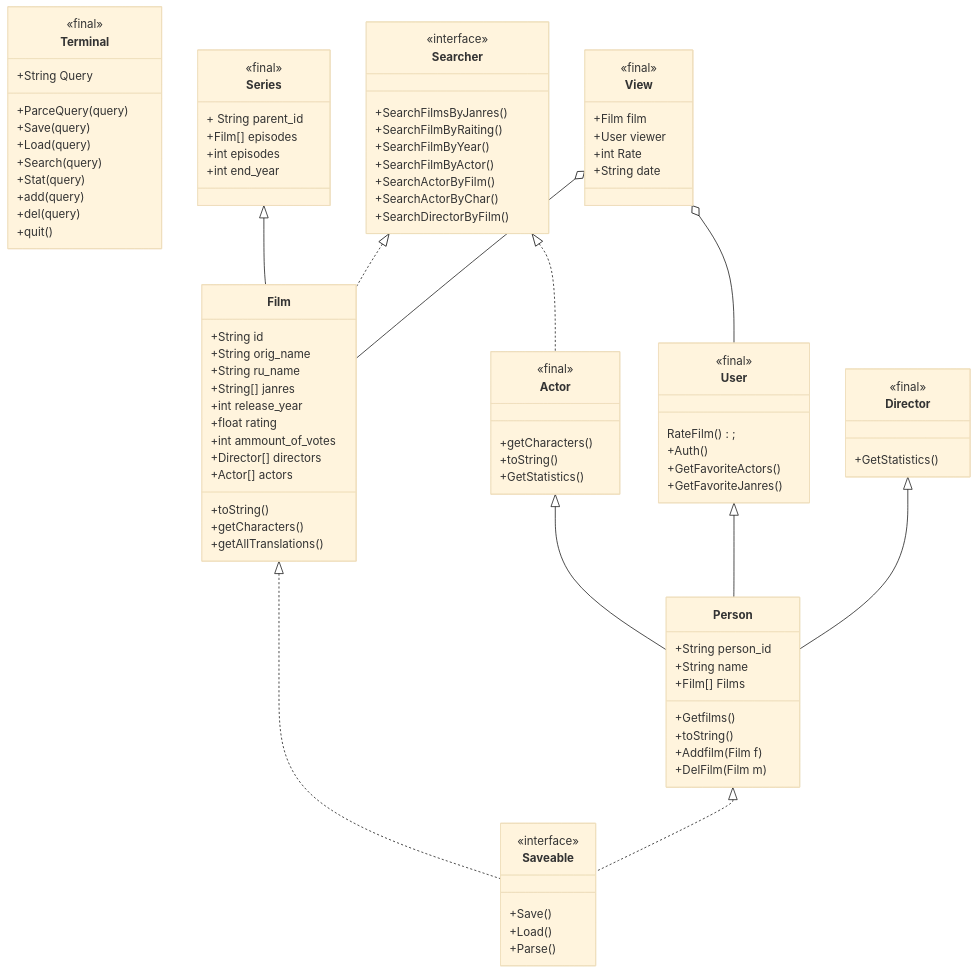
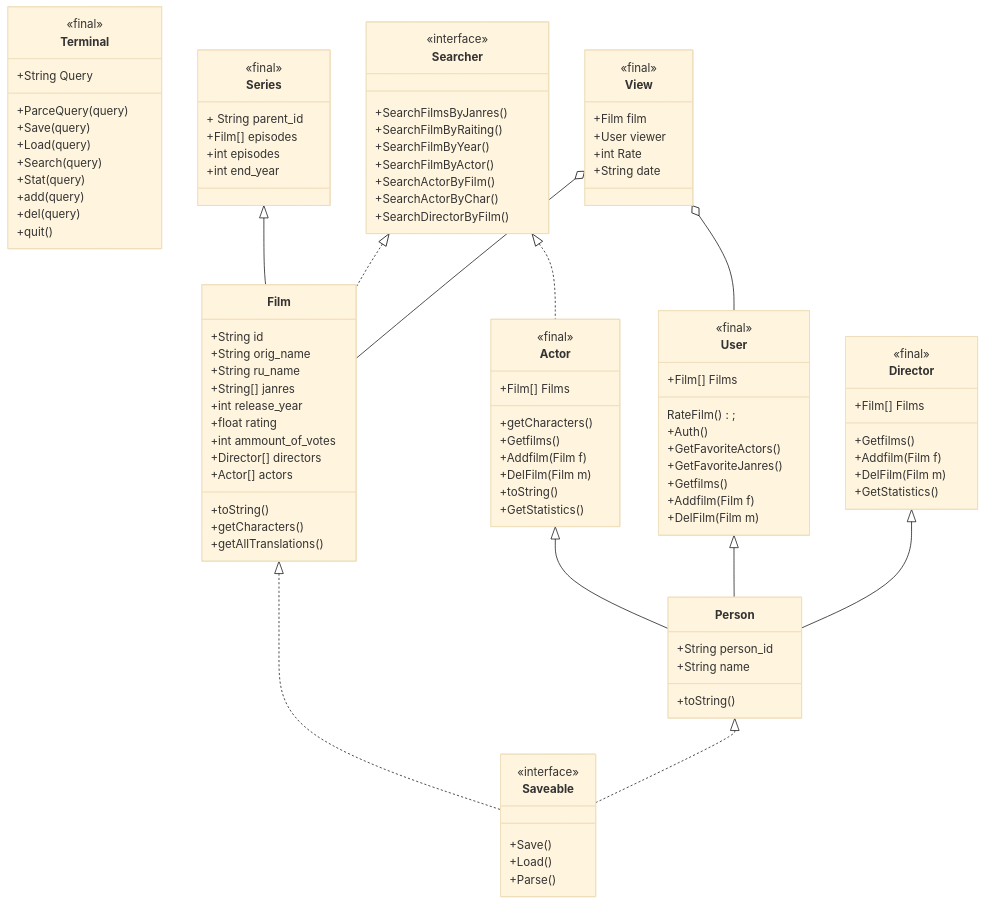
One commit to mmonastyrskiy/Programming_3_sem changed the diagram in Java_OOP/Monastyrskiy/Java_project/docs/structure.md. Above: the diagram before and after it, drawn with Mermaid (base theme).

```diff
--- a/Java_OOP/Monastyrskiy/Java_project/docs/structure.md
+++ b/Java_OOP/Monastyrskiy/Java_project/docs/structure.md
@@ -45,17 +45,17 @@
     class Person{
     	+String person_id
     	+String name
-    	+Film[] Films
-    	+Getfilms()
         +toString()
-        +Addfilm(Film f)
-        +DelFilm(Film m)
         
 
     }
     class Actor{
     	<<final>>
     	+getCharacters()
+          +Film[] Films
+    	+Getfilms()
+        +Addfilm(Film f)
+        +DelFilm(Film m)
     	+toString()
         +GetStatistics()
 
@@ -63,6 +63,10 @@
     }
     class Director{
     <<final>>
+     +Film[] Films
+    +Getfilms()
+        +Addfilm(Film f)
+        +DelFilm(Film m)
     +GetStatistics()
     }
     
@@ -72,6 +76,10 @@
     +Auth()
     +GetFavoriteActors()
     +GetFavoriteJanres()
+        	+Film[] Films
+    	+Getfilms()
+        +Addfilm(Film f)
+        +DelFilm(Film m)
     
     }
     
```
